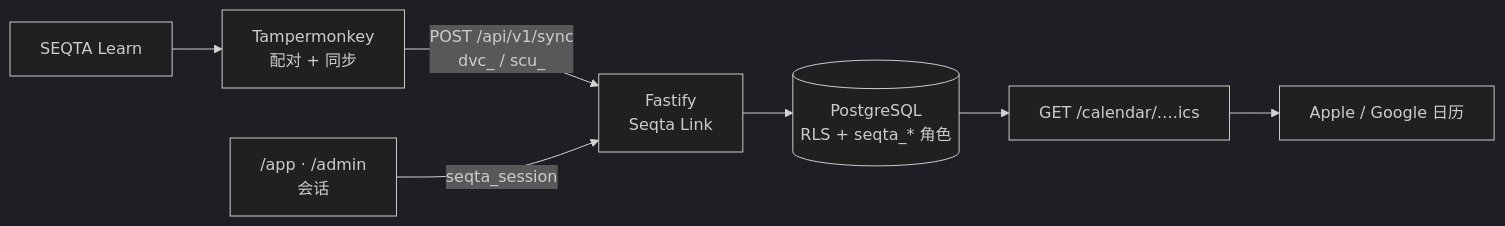
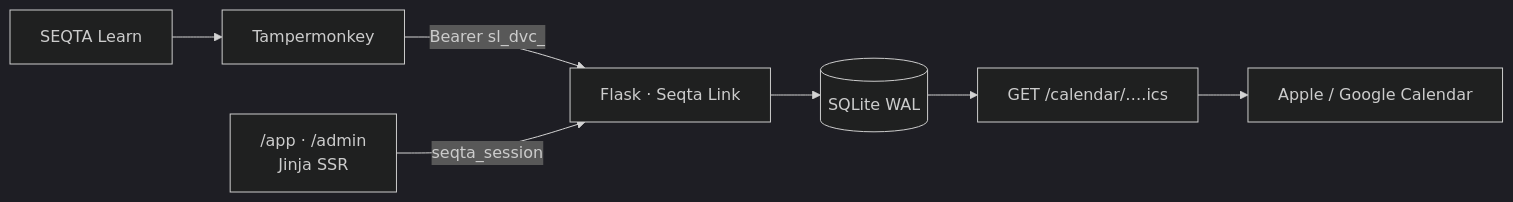
The diagram in README.zh-CN.md (Nardo021/SEQTA-Link), drawn with Mermaid (dark theme) before and after one commit. The commit also changed other lines of this file and 206 other files, not shown here.

First line of the commit message:
Release Seqta Link 3.1.1 with Flask/SQLite rewrite and accessible Jinja portals.

````diff
--- a/README.zh-CN.md
+++ b/README.zh-CN.md
@@ -22,17 +26,17 @@
 ```mermaid
 flowchart LR
   SEQTA[SEQTA Learn]
-  TM[Tampermonkey<br/>配对 + 同步]
-  Portal["/app · /admin<br/>会话"]
-  API[Fastify<br/>Seqta Link]
-  PG[(PostgreSQL<br/>RLS + seqta_* 角色)]
+  TM[Tampermonkey]
+  Portal["/app · /admin<br/>Jinja SSR"]
+  API[Flask · Seqta Link]
+  DB[(SQLite WAL)]
   ICS["GET /calendar/….ics"]
-  Cal[Apple / Google 日历]
+  Cal[Apple / Google Calendar]
 
   SEQTA --> TM
-  TM -->|"POST /api/v1/sync<br/>dvc_ / scu_"| API
+  TM -->|"Bearer sl_dvc_"| API
   Portal -->|"seqta_session"| API
-  API --> PG
-  PG --> ICS
+  API --> DB
+  DB --> ICS
   ICS --> Cal
 ```
````
